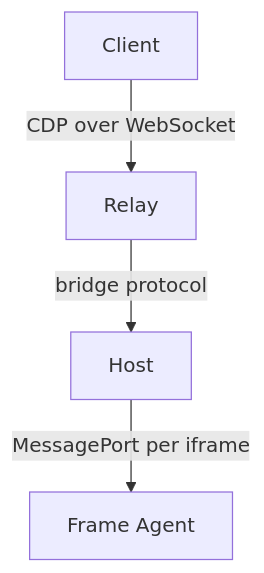
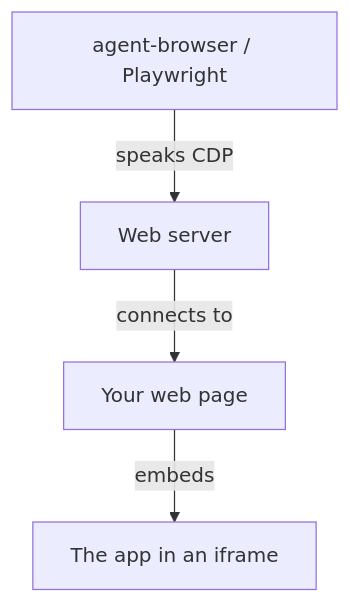
Before and after one commit to olimsaidov/icdp: the diagram in docs/index.md, drawn with Mermaid. The commit also changed other lines of this file and 4 other files, not shown here.

First line of the commit message:
Plain-language home and theme-native mermaid diagrams

````diff
--- a/docs/index.md
+++ b/docs/index.md
@@ -46,6 +48,6 @@
 ```mermaid
 flowchart TD
-    C["Client"] -->|"CDP over WebSocket"| R["Relay"]
-    R -->|"bridge protocol"| H["Host"]
-    H -->|"MessagePort per iframe"| F["Frame Agent"]
+    C["agent-browser / Playwright"] -->|"speaks CDP"| R["Web server"]
+    R -->|"connects to"| H["Your web page"]
+    H -->|"embeds"| F["The app in an iframe"]
 ```
````
